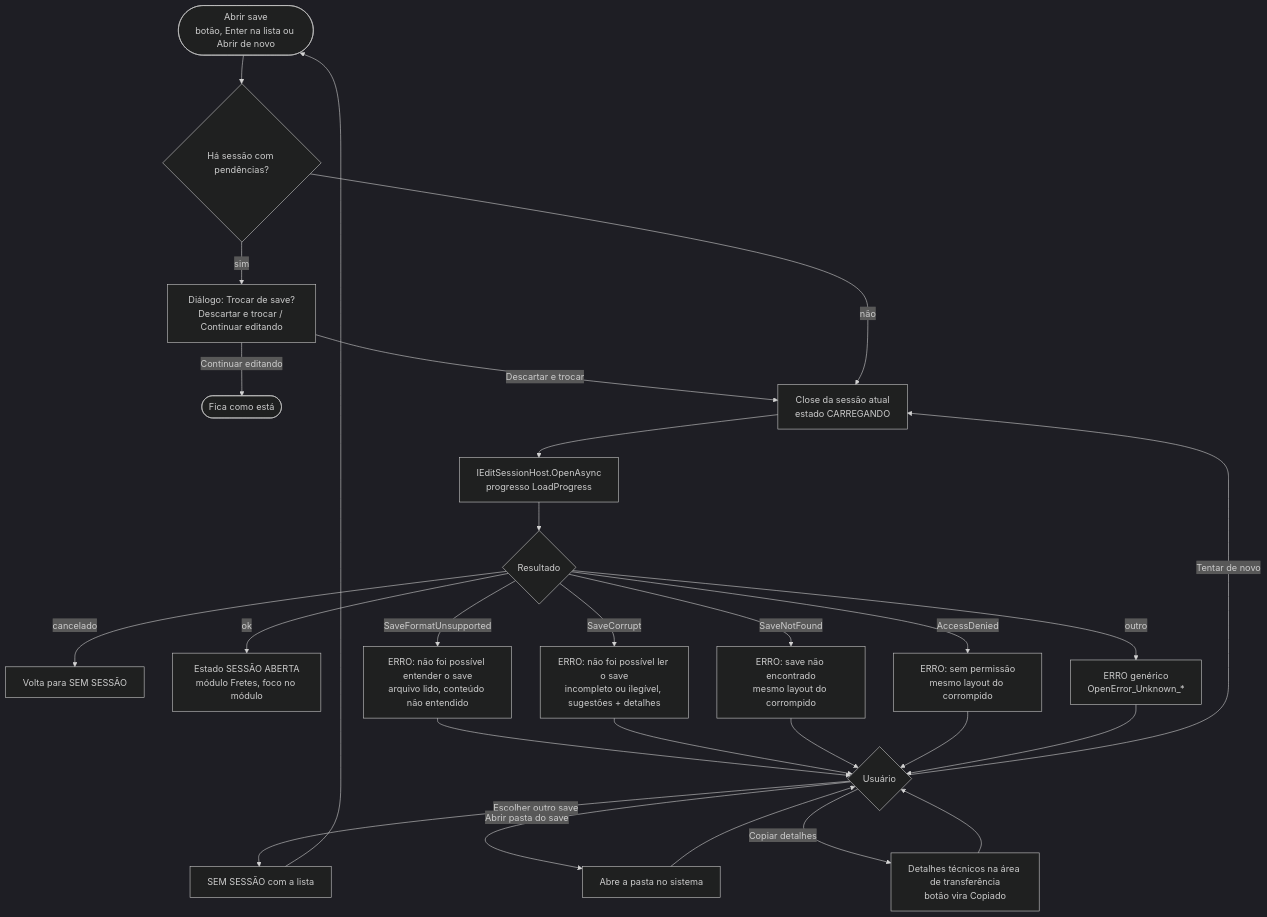
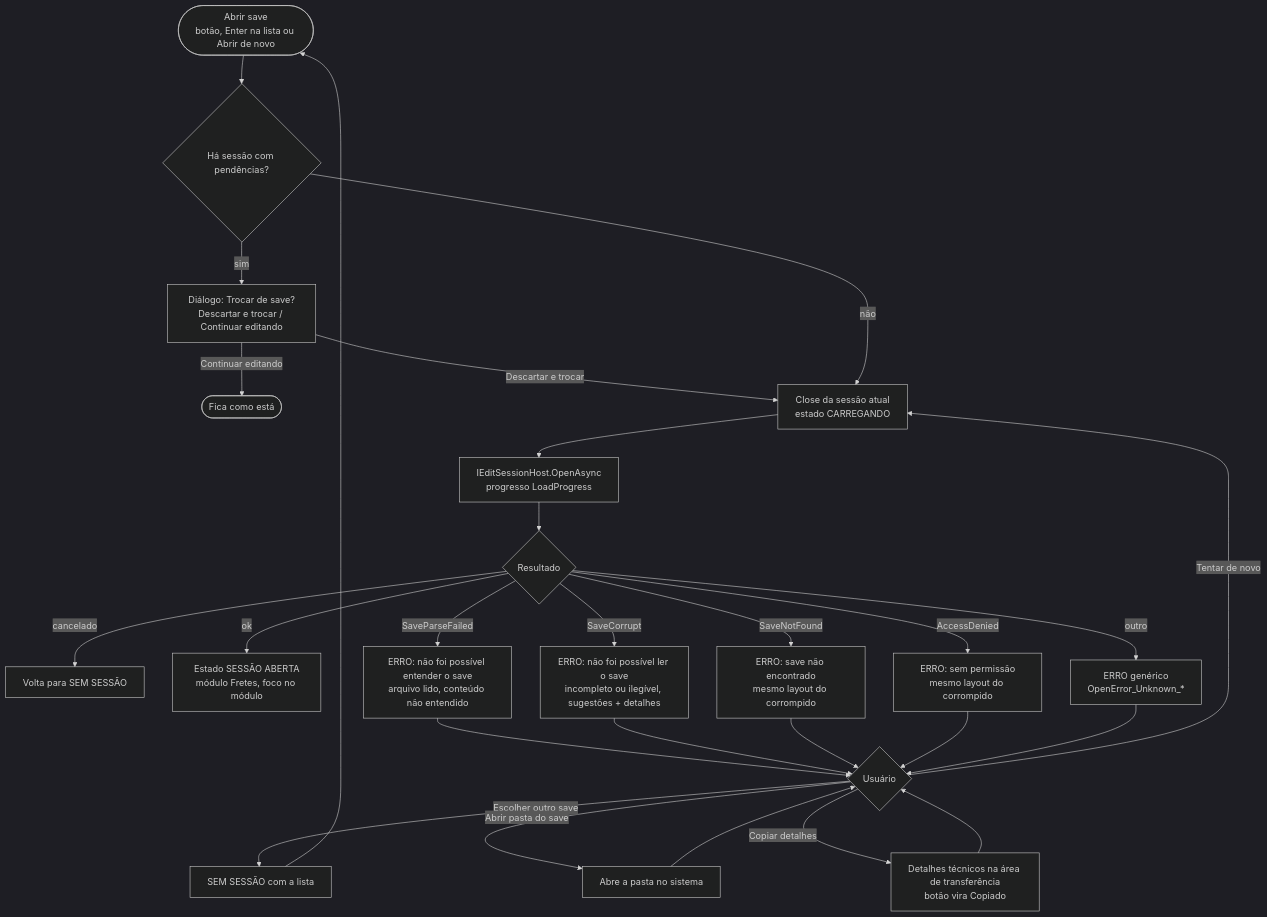
The second of 5 diagrams in design/shell/flows.md (enxadadev/own-expeditor), drawn with Mermaid (dark theme) before and after one commit. The commit also changed 30 other files, not shown here.

````diff
--- a/design/shell/flows.md
+++ b/design/shell/flows.md
@@ -34,27 +34,27 @@
 ```mermaid
 flowchart TD
     A([Abrir save<br/>botão, Enter na lista ou Abrir de novo]) --> B{Há sessão com pendências?}
     B -- sim --> C[Diálogo: Trocar de save?<br/>Descartar e trocar / Continuar editando]
     C -- Continuar editando --> Z([Fica como está])
     C -- Descartar e trocar --> D
     B -- não --> D[Close da sessão atual<br/>estado CARREGANDO]
     D --> E[IEditSessionHost.OpenAsync<br/>progresso LoadProgress]
     E --> F{Resultado}
     F -- cancelado --> G[Volta para SEM SESSÃO]
     F -- ok --> H[Estado SESSÃO ABERTA<br/>módulo Fretes, foco no módulo]
-    F -- SaveFormatUnsupported --> I[ERRO: não foi possível entender o save<br/>arquivo lido, conteúdo não entendido]
+    F -- SaveParseFailed --> I[ERRO: não foi possível entender o save<br/>arquivo lido, conteúdo não entendido]
     F -- SaveCorrupt --> J[ERRO: não foi possível ler o save<br/>incompleto ou ilegível, sugestões + detalhes]
     F -- SaveNotFound --> J2[ERRO: save não encontrado<br/>mesmo layout do corrompido]
     F -- AccessDenied --> J3[ERRO: sem permissão<br/>mesmo layout do corrompido]
     F -- outro --> J4[ERRO genérico<br/>OpenError_Unknown_*]
     I --> K{Usuário}
     J --> K
     J2 --> K
     J3 --> K
     J4 --> K
     K -- Tentar de novo --> D
     K -- Escolher outro save --> L[SEM SESSÃO com a lista]
     K -- Abrir pasta do save --> M[Abre a pasta no sistema] --> K
     K -- Copiar detalhes --> N[Detalhes técnicos na área de transferência<br/>botão vira Copiado] --> K
     L --> A
 ```
````
